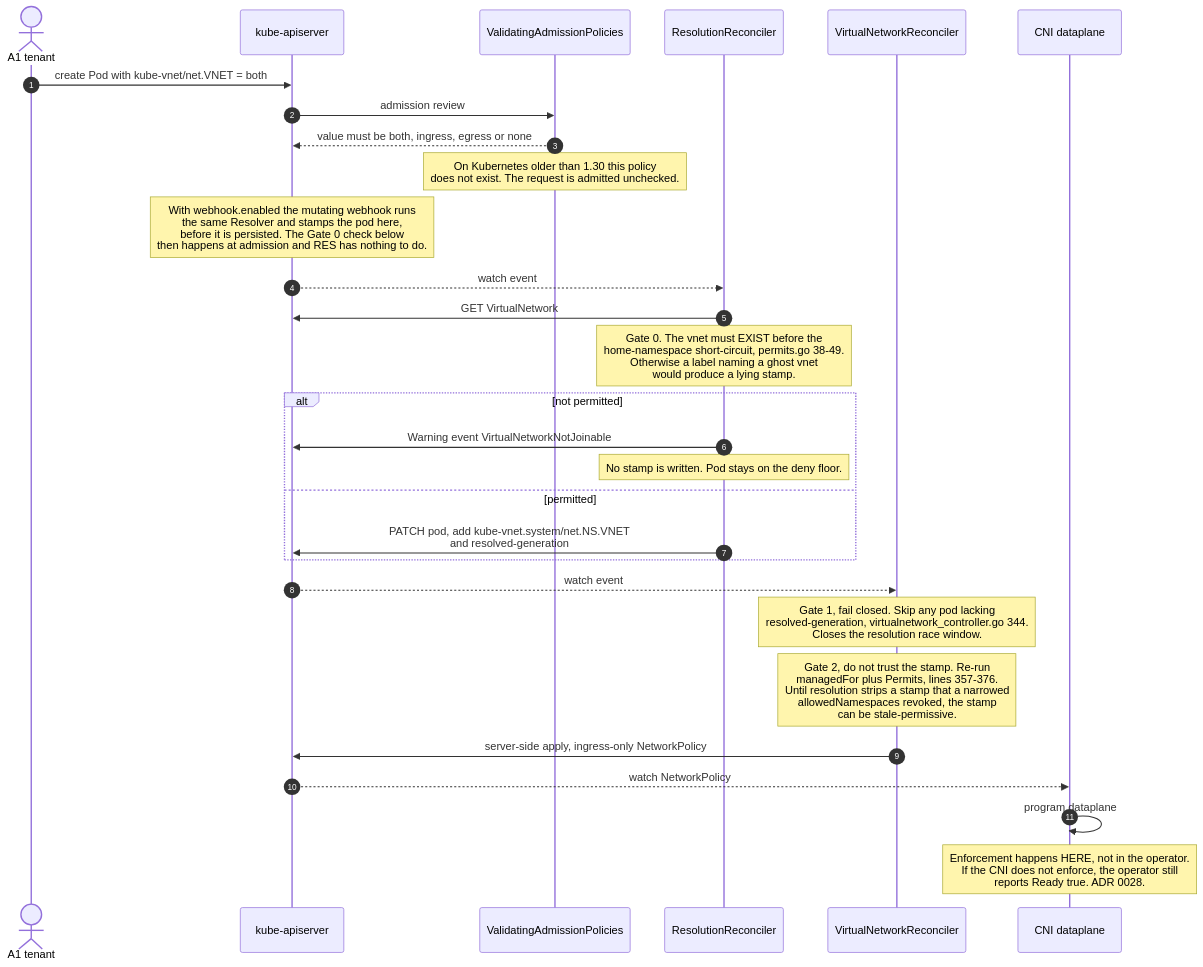
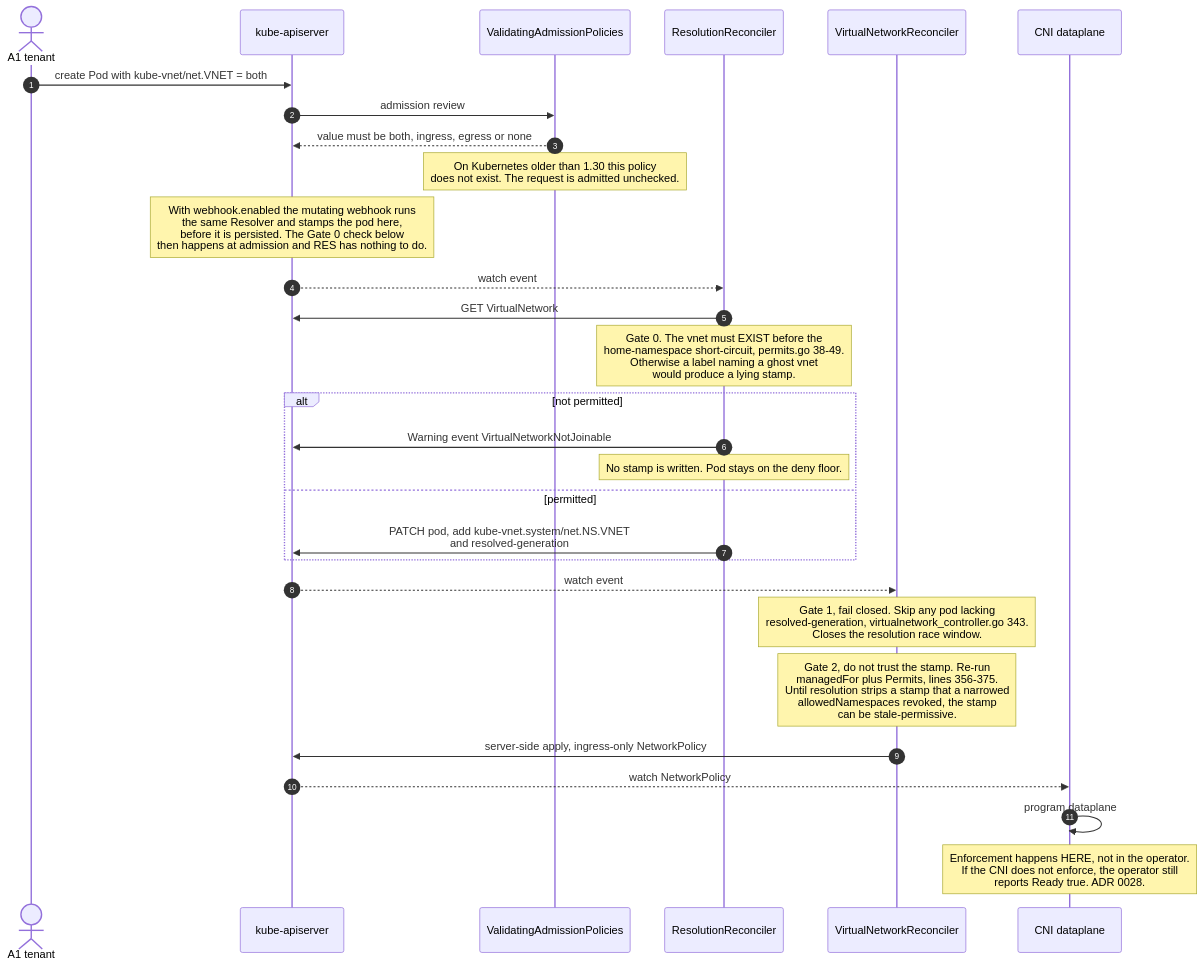
The second of 2 diagrams in docs/security/threat-model.md (lhns/kube-vnet), drawn with Mermaid before and after one commit. The commit also changed other lines of this file and 1 other file, not shown here.

````diff
--- a/docs/security/threat-model.md
+++ b/docs/security/threat-model.md
@@ -131,35 +131,35 @@
 ```mermaid
 sequenceDiagram
     autonumber
     actor T as A1 tenant
     participant API as kube-apiserver
     participant VAP as ValidatingAdmissionPolicies
     participant RES as ResolutionReconciler
     participant GEN as VirtualNetworkReconciler
     participant CNI as CNI dataplane
 
     T->>API: create Pod with kube-vnet/net.VNET = both
     API->>VAP: admission review
     VAP-->>API: value must be both, ingress, egress or none
     Note over VAP: On Kubernetes older than 1.30 this policy<br/>does not exist. The request is admitted unchecked.
     Note over API: With webhook.enabled the mutating webhook runs<br/>the same Resolver and stamps the pod here,<br/>before it is persisted. The Gate 0 check below<br/>then happens at admission and RES has nothing to do.
 
     API-->>RES: watch event
     RES->>API: GET VirtualNetwork
     Note over RES: Gate 0. The vnet must EXIST before the<br/>home-namespace short-circuit, permits.go 38-49.<br/>Otherwise a label naming a ghost vnet<br/>would produce a lying stamp.
     alt not permitted
         RES->>API: Warning event VirtualNetworkNotJoinable
         Note over RES: No stamp is written. Pod stays on the deny floor.
     else permitted
         RES->>API: PATCH pod, add kube-vnet.system/net.NS.VNET<br/>and resolved-generation
     end
 
     API-->>GEN: watch event
-    Note over GEN: Gate 1, fail closed. Skip any pod lacking<br/>resolved-generation, virtualnetwork_controller.go 344.<br/>Closes the resolution race window.
-    Note over GEN: Gate 2, do not trust the stamp. Re-run<br/>managedFor plus Permits, lines 357-376.<br/>Until resolution strips a stamp that a narrowed<br/>allowedNamespaces revoked, the stamp<br/>can be stale-permissive.
+    Note over GEN: Gate 1, fail closed. Skip any pod lacking<br/>resolved-generation, virtualnetwork_controller.go 343.<br/>Closes the resolution race window.
+    Note over GEN: Gate 2, do not trust the stamp. Re-run<br/>managedFor plus Permits, lines 356-375.<br/>Until resolution strips a stamp that a narrowed<br/>allowedNamespaces revoked, the stamp<br/>can be stale-permissive.
     GEN->>API: server-side apply, ingress-only NetworkPolicy
 
     API-->>CNI: watch NetworkPolicy
     CNI->>CNI: program dataplane
     Note over CNI: Enforcement happens HERE, not in the operator.<br/>If the CNI does not enforce, the operator still<br/>reports Ready true. ADR 0028.
 ```
````
